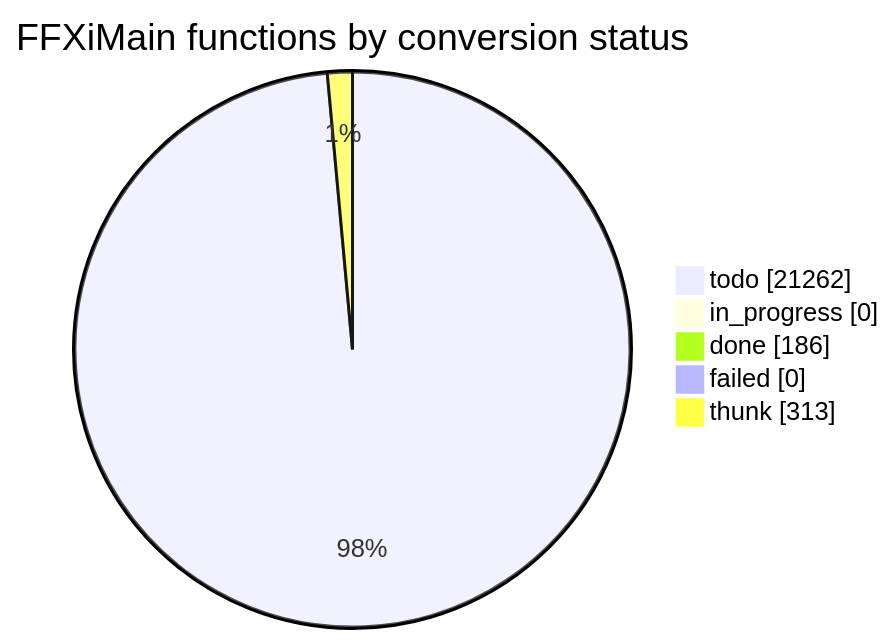
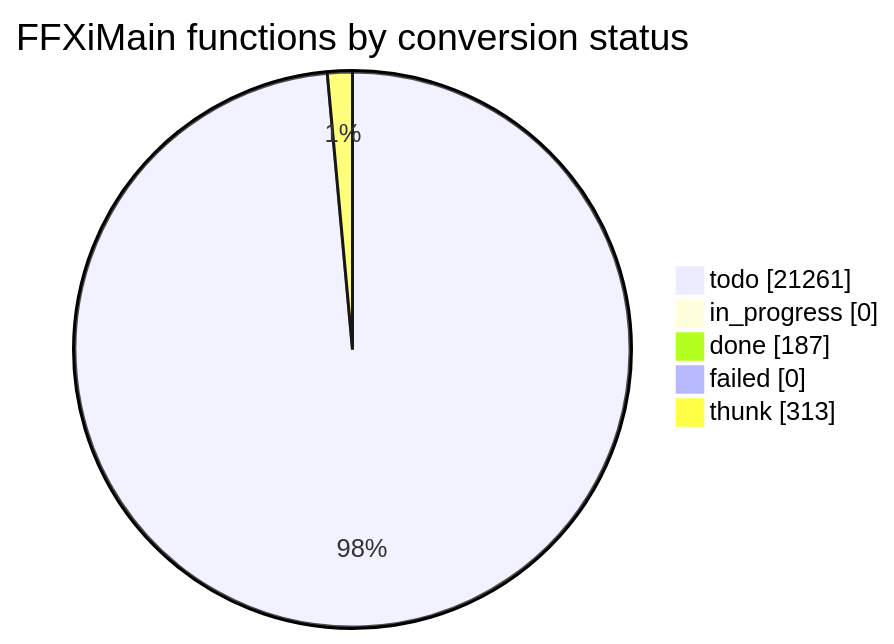
One commit to cowrevenge/cow_kuluu_xi_anything changed the diagram in docs/cow/STATUS.md. Above: the diagram before and after it, drawn with Mermaid. The commit also changed other lines of this file and 9 other files, not shown here.

````diff
--- a/docs/cow/STATUS.md
+++ b/docs/cow/STATUS.md
@@ -18,9 +18,9 @@
 ```mermaid
 pie showData
     title FFXiMain functions by conversion status
-    "todo" : 21262
+    "todo" : 21261
     "in_progress" : 0
-    "done" : 186
+    "done" : 187
     "failed" : 0
     "thunk" : 313
 ```
````
